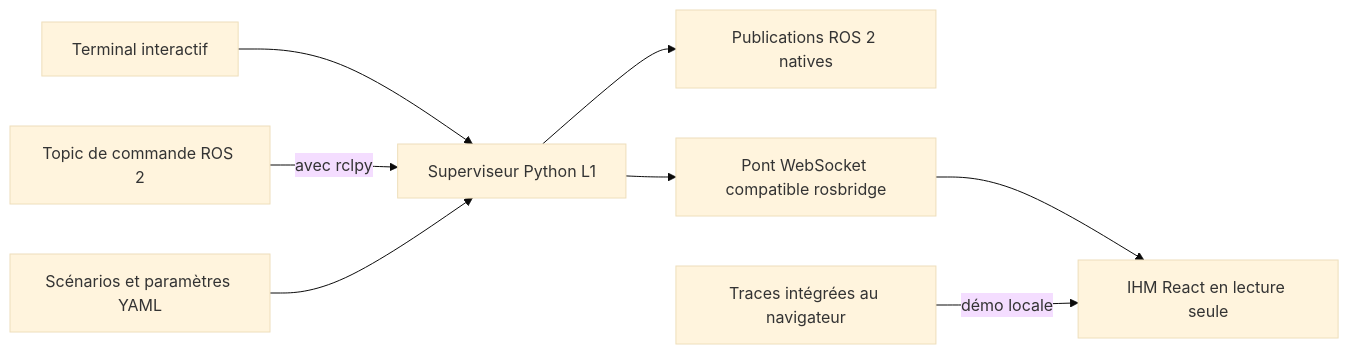
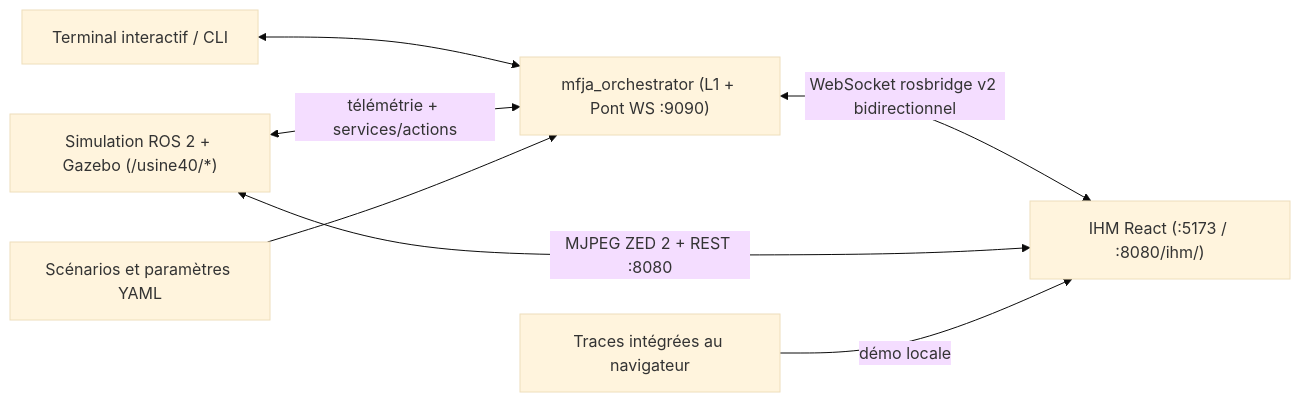
Before and after one commit to 5A-SRI-PGE-USINE4-0-2026/ihm-orchestrateur: the diagram in docs/architecture.md, drawn with Mermaid (base theme). The commit also changed other lines of this file and 31 other files, not shown here.

Commit message:
feat(ihm,orchestrator): sync bidirectional minimal SCADA UI and Niel ros2_control Yaskawa telemetry

````diff
--- a/docs/architecture.md
+++ b/docs/architecture.md
@@ -7,10 +7,9 @@
 ```mermaid
 flowchart LR
-    T["Terminal interactif"] --> S["Superviseur Python L1"]
-    R["Topic de commande ROS 2"] -->|"avec rclpy"| S
+    T["Terminal interactif / CLI"] <--> S["mfja_orchestrator (L1 + Pont WS :9090)"]
+    SIM["Simulation ROS 2 + Gazebo (/usine40/*)"] <-->|"télémétrie + services/actions"| S
     Y["Scénarios et paramètres YAML"] --> S
-    S --> N["Publications ROS 2 natives"]
-    S --> W["Pont WebSocket compatible rosbridge"]
-    W --> I["IHM React en lecture seule"]
+    S <-->|"WebSocket rosbridge v2 bidirectionnel"| I["IHM React (:5173 / :8080/ihm/)"]
+    SIM <-->|"MJPEG ZED 2 + REST :8080"| I
     D["Traces intégrées au navigateur"] -->|"démo locale"| I
 ```
````
